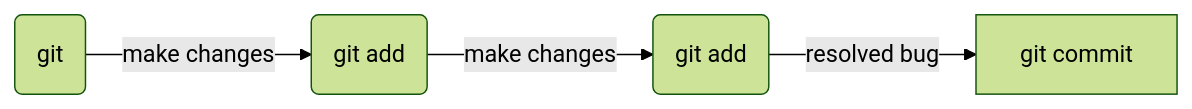
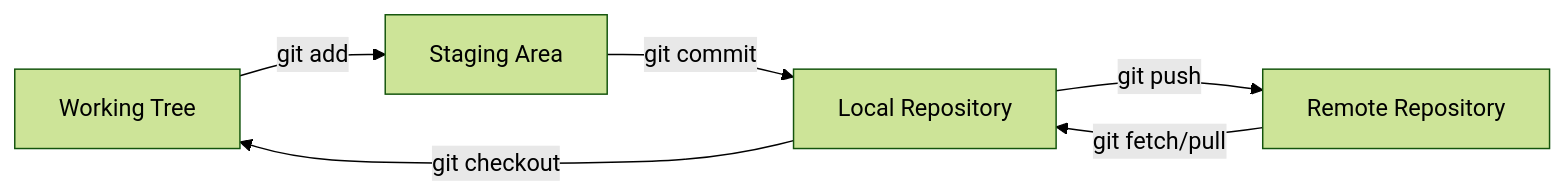
Before and after one commit to josephstreeter/josephstreeter.github.io: the first of 2 diagrams in docs/development/git/index.md, drawn with Mermaid (forest theme). The commit also changed other lines of this file and 8 other files, not shown here.

````diff
--- a/docs/development/git/index.md
+++ b/docs/development/git/index.md
@@ -11,4 +17,8 @@
 ```mermaid
 flowchart LR
-A(git) -->|make changes| B(git add) -->|make changes| C(git add) -->|resolved bug| F[git commit]
+    A[Working Tree] -->|git add| B[Staging Area] 
+    B -->|git commit| C[Local Repository]
+    C -->|git push| D[Remote Repository]
+    D -->|git fetch/pull| C
+    C -->|git checkout| A
 ```
````
